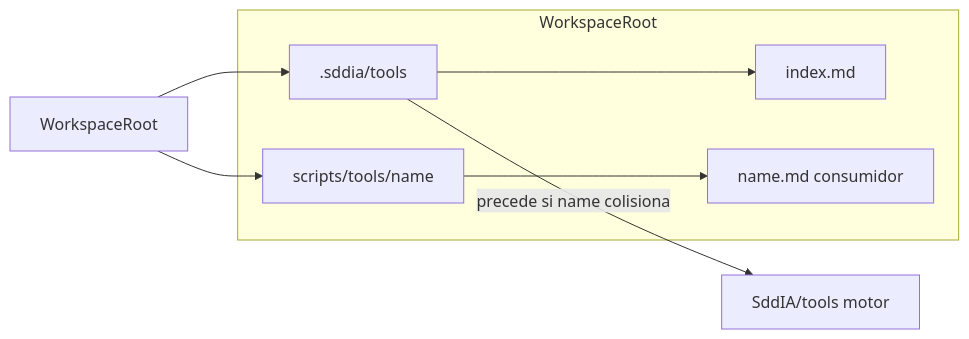
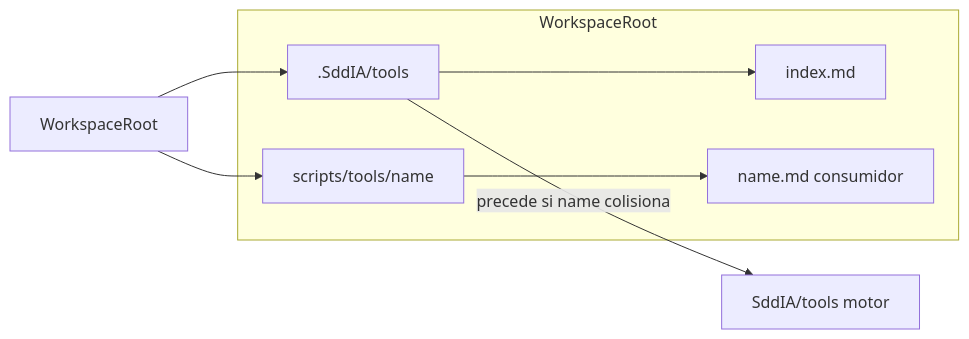
Before and after one commit to racso80es/SddIA: the diagram in SddIA/evolution/c3a9f1b2-8e4d-42c6-a7d3-9f0e1b2c3d4a.md, drawn with Mermaid. The commit also changed other lines of this file and 66 other files, not shown here.

````diff
--- a/SddIA/evolution/c3a9f1b2-8e4d-42c6-a7d3-9f0e1b2c3d4a.md
+++ b/SddIA/evolution/c3a9f1b2-8e4d-42c6-a7d3-9f0e1b2c3d4a.md
@@ -65,15 +65,15 @@
 ```mermaid
 flowchart LR
   subgraph ws [WorkspaceRoot]
-    DT[".sddia/tools"]
+    DT[".SddIA/tools"]
     IDX[index.md]
     ST["scripts/tools/name"]
     CD["name.md consumidor"]
   end
   WSRoot[WorkspaceRoot] --> DT
   WSRoot --> ST
   DT --> IDX
   ST --> CD
   CoreCat["SddIA/tools motor"]
   DT -->|precede si name colisiona| CoreCat
 ```
````
